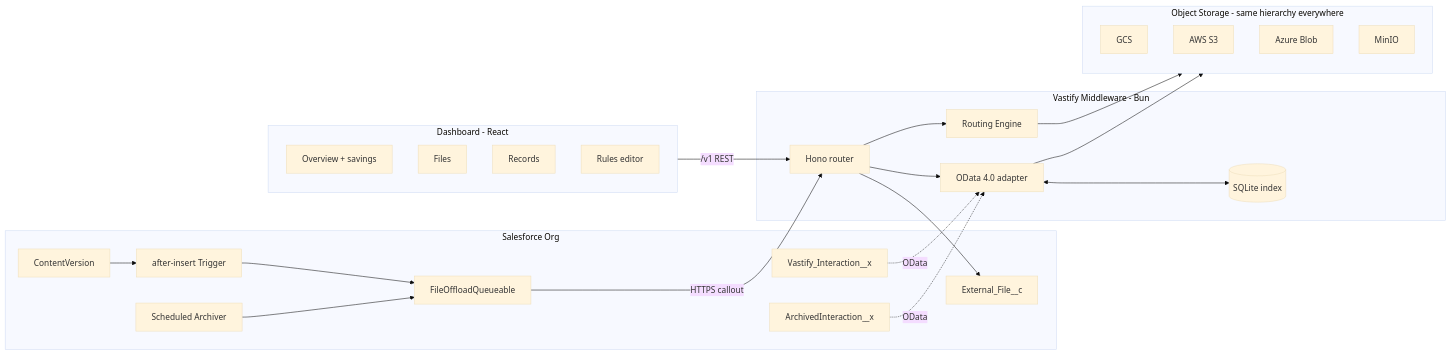
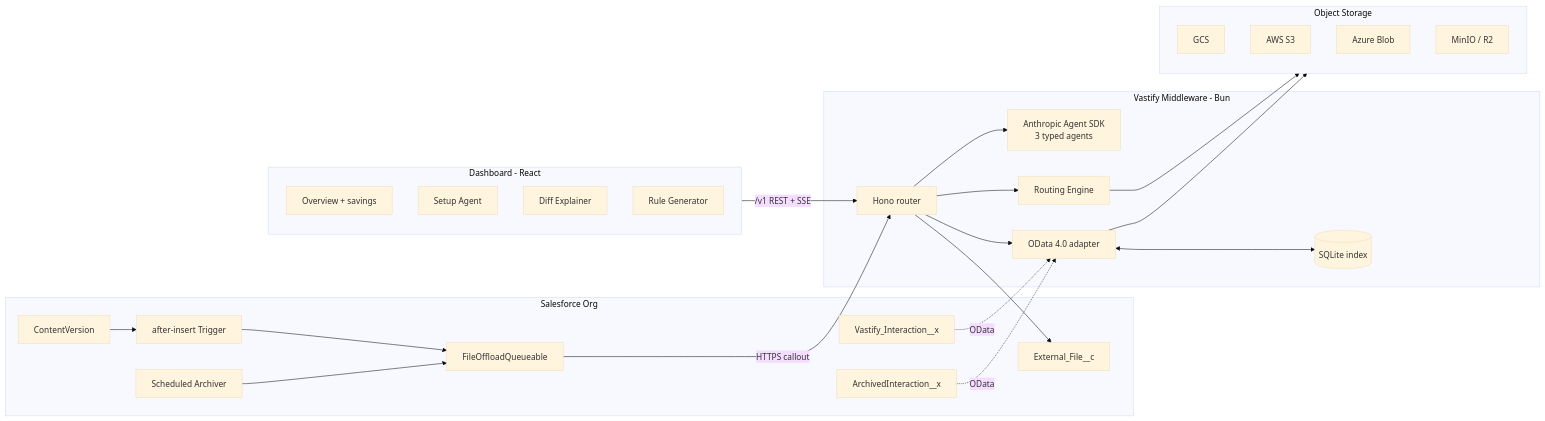
Before and after one commit to Exotic209093/Vastify: the diagram in README.md, drawn with Mermaid (base theme). The commit also changed other lines of this file and 6 other files, not shown here.

````diff
--- a/README.md
+++ b/README.md
@@ -15,44 +119,46 @@
 ```mermaid
 flowchart LR
     subgraph SF[Salesforce Org]
         CV[ContentVersion]
         TR[after-insert Trigger]
         QJ[FileOffloadQueueable]
         SCH[Scheduled Archiver]
         EF[External_File__c]
         IX[Vastify_Interaction__x]
         AX[ArchivedInteraction__x]
     end
 
     subgraph MW[Vastify Middleware - Bun]
         H[Hono router]
+        AG[Anthropic Agent SDK<br/>3 typed agents]
         RE[Routing Engine]
         OD[OData 4.0 adapter]
         SQL[(SQLite index)]
     end
 
-    subgraph OBJ[Object Storage - same hierarchy everywhere]
+    subgraph OBJ[Object Storage]
         GCS[GCS]
         S3[AWS S3]
         AZ[Azure Blob]
-        MIN[MinIO]
+        MIN[MinIO / R2]
     end
 
     subgraph UI[Dashboard - React]
         OV[Overview + savings]
-        FI[Files]
-        RC[Records]
-        RU[Rules editor]
+        SA[Setup Agent]
+        DE[Diff Explainer]
+        RU[Rule Generator]
     end
 
     CV --> TR --> QJ -- HTTPS callout --> H
     SCH --> QJ
     IX -.OData.-> OD
     AX -.OData.-> OD
     H --> RE --> OBJ
+    H --> AG
     H --> OD
     OD <--> SQL
     OD --> OBJ
-    UI -- /v1 REST --> H
+    UI -- /v1 REST + SSE --> H
     H --> EF
 ```
````
